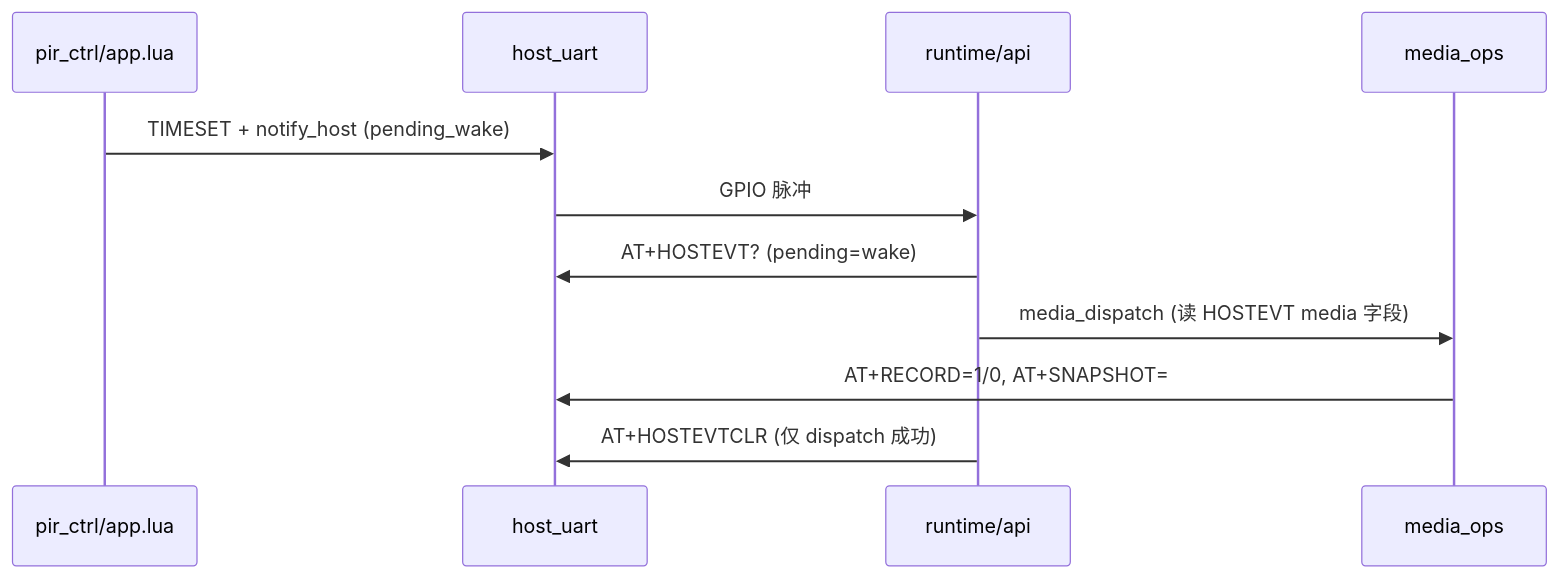
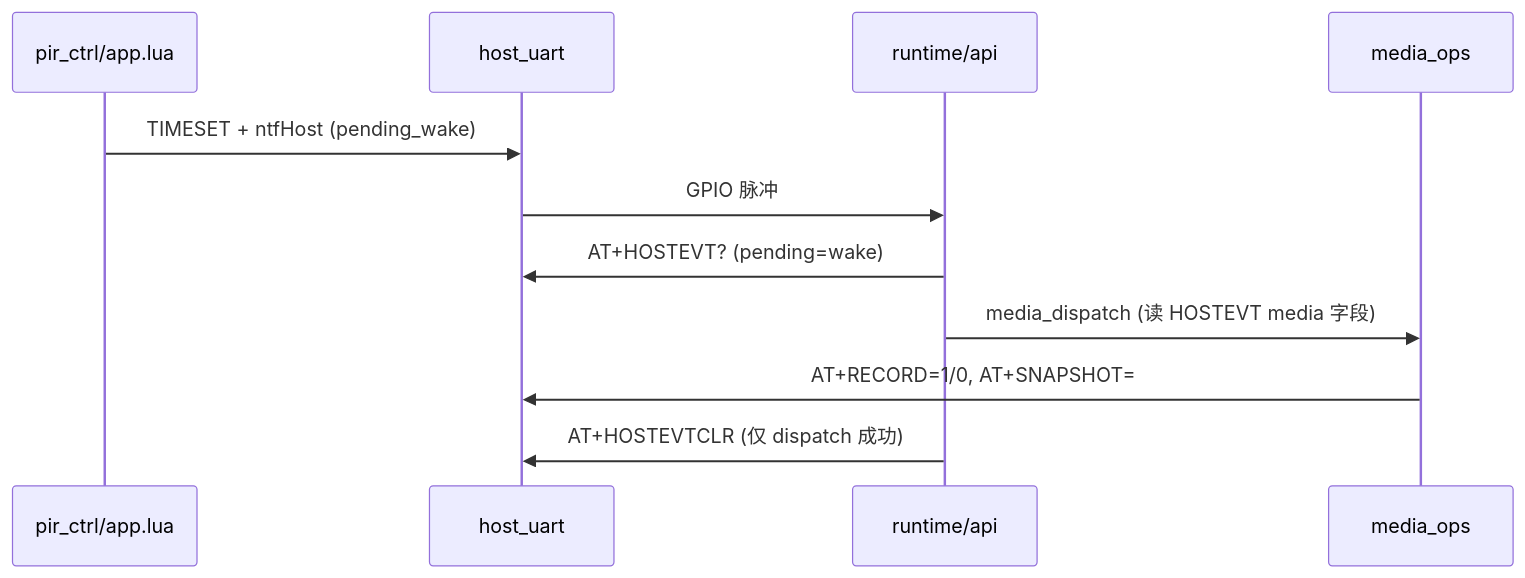
One commit to dzr1986/AIR780EHM changed the first of 2 diagrams in doc/T3X_IPC_CAT1_COMM_COMPLETENESS.md. Above: the diagram before and after it, drawn with Mermaid. The commit also changed other lines of this file and 84 other files, not shown here.

````diff
--- a/doc/T3X_IPC_CAT1_COMM_COMPLETENESS.md
+++ b/doc/T3X_IPC_CAT1_COMM_COMPLETENESS.md
@@ -107,14 +107,14 @@
 ```mermaid
 sequenceDiagram
     participant 4G as pir_ctrl/app.lua
     participant HU as host_uart
     participant T as runtime/api
     participant M as media_ops
 
-    4G->>HU: TIMESET + notify_host (pending_wake)
+    4G->>HU: TIMESET + ntfHost (pending_wake)
     HU->>T: GPIO 脉冲
     T->>HU: AT+HOSTEVT? (pending=wake)
     T->>M: media_dispatch (读 HOSTEVT media 字段)
     M->>HU: AT+RECORD=1/0, AT+SNAPSHOT=
     T->>HU: AT+HOSTEVTCLR (仅 dispatch 成功)
 ```
````
